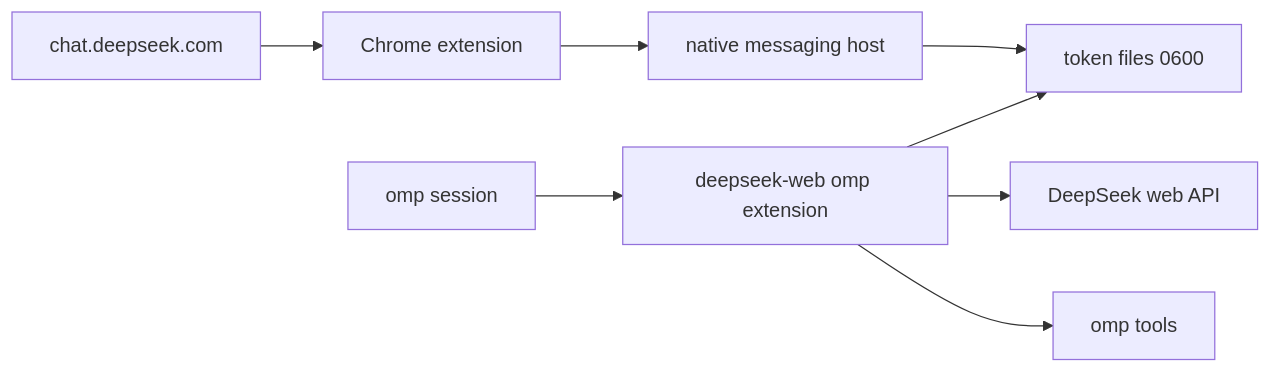
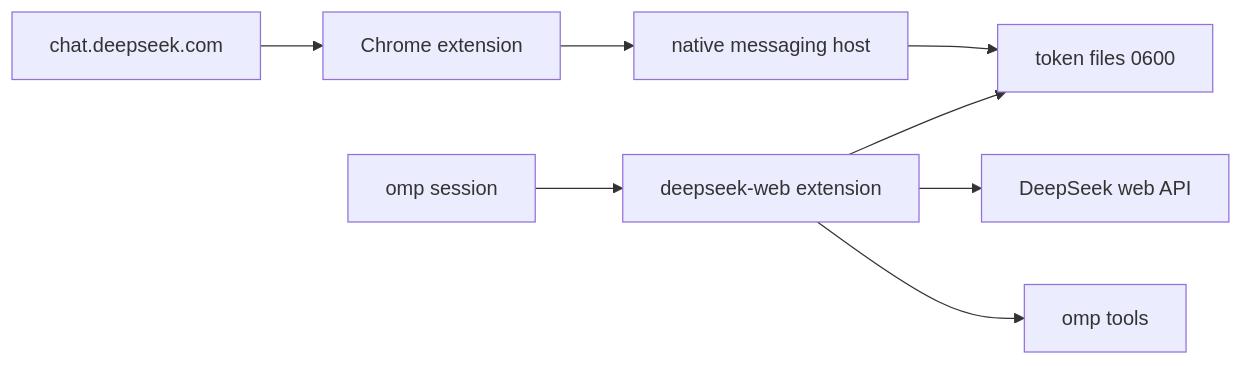
The diagram in README.md (hypn4/omp-deepseek-web), drawn with Mermaid before and after one commit. The commit also changed other lines of this file and 1 other file, not shown here.

````diff
--- a/README.md
+++ b/README.md
@@ -6,10 +35,10 @@
 ```mermaid
 flowchart LR
   A[chat.deepseek.com] --> B[Chrome extension]
   B --> C[native messaging host]
   C --> D[token files 0600]
-  E[omp session] --> F[deepseek-web omp extension]
+  E[omp session] --> F[deepseek-web extension]
   F --> D
   F --> G[DeepSeek web API]
   F --> H[omp tools]
 ```
````
